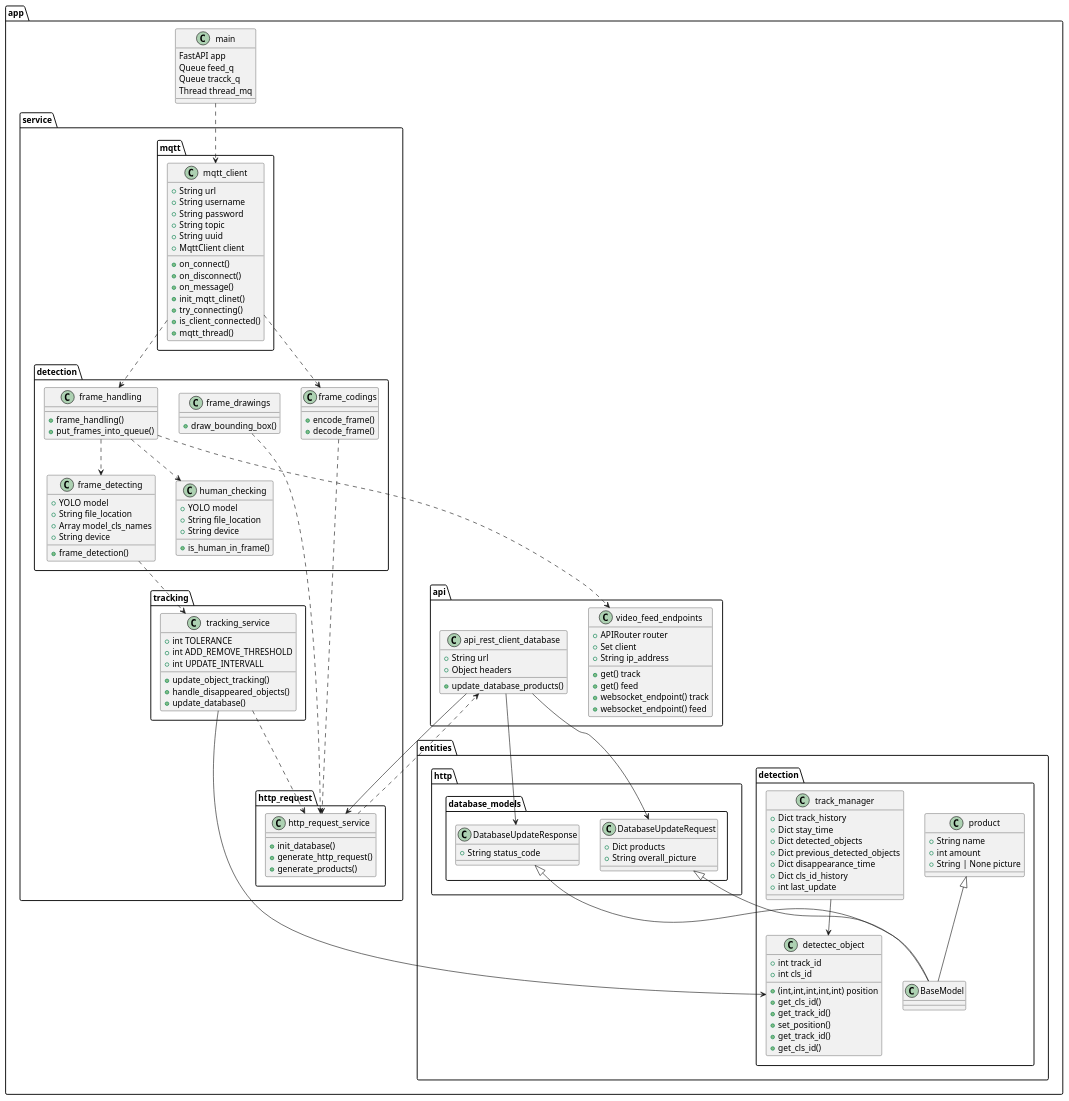
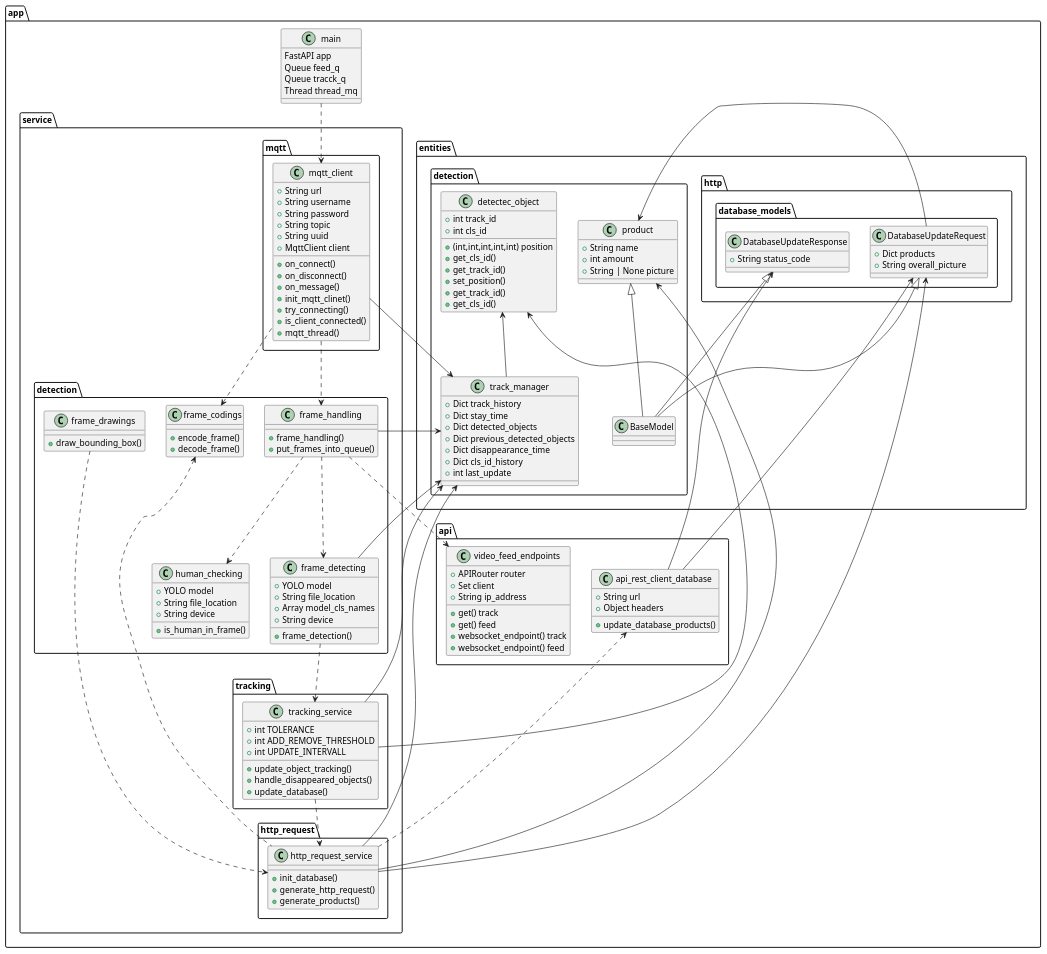
The diagram in doc/documentation/services/detection_service/class_diagram.puml (Marcey1611/stock-tracker-project-sysad-ws2425), drawn with PlantUML before and after one commit. The commit also changed 1 other file, not shown here.

Commit message:
#SYSAD-53 init Klassen diagramm 2

```diff
--- a/doc/documentation/services/detection_service/class_diagram.puml
+++ b/doc/documentation/services/detection_service/class_diagram.puml
@@ -1,150 +1,174 @@
 @startuml
 
 package app {
 class main{
   FastAPI app
   Queue feed_q
   Queue tracck_q
   Thread thread_mq
   }
 }
 
 package app.service.mqtt{
 class mqtt_client{
   + String url
   + String username
   + String password
   + String topic
   + String uuid
   + MqttClient client
 
   + on_connect()
   + on_disconnect()
   + on_message()
   + init_mqtt_clinet()
   + try_connecting()
   + is_client_connected()
   + mqtt_thread()
   }
   main ..> mqtt_client
-  mqtt_client..>app.service.detection.frame_codings
 }
 
 package app.service.detection{
+
   class frame_handling{
   + frame_handling()
   + put_frames_into_queue()
   }
+
   class frame_drawings{
   + draw_bounding_box()
   }
+
   class frame_codings{
   + encode_frame()
   + decode_frame()
   }
+
+  frame_codings<..app.service.http_request.http_request_service
+  frame_codings<.. app.service.mqtt.mqtt_client
+
+
   class frame_detecting{
   + YOLO model
   + String file_location
   + Array model_cls_names
   + String device
   + frame_detection()
   }
+
     class human_checking{
   + YOLO model
   + String file_location
   + String device
   + is_human_in_frame()
   }
+
   mqtt_client..>frame_handling
   frame_handling..>frame_detecting
   frame_handling..>human_checking
   frame_handling..>app.api.video_feed_endpoints
   frame_detecting..>app.service.tracking.tracking_service
-  frame_codings..>app.service.http_request.http_request_service
   frame_drawings..>app.service.http_request.http_request_service
 }
 package app.service.http_request{
+
   class http_request_service{
   + init_database()
   + generate_http_request()
   + generate_products()
   }
   http_request_service..>app.api.api_rest_client_database
 }
 
 package app.service.tracking{
   class tracking_service{
   + int TOLERANCE
   + int ADD_REMOVE_THRESHOLD
   + int UPDATE_INTERVALL
   + update_object_tracking()
   + handle_disappeared_objects()
   + update_database()
   }
   tracking_service..>app.service.http_request.http_request_service
 }
 
 package app.entities.detection{
+
   class detectec_object{
   + int track_id
   + int cls_id
   + (int,int,int,int,int) position
   + get_cls_id()
   + get_track_id()
   + set_position()
   + get_track_id()
   + get_cls_id()
   }
-  track_manager-->detectec_object
-  app.service.tracking.tracking_service-->detectec_object
+
+  detectec_object<--track_manager
+  detectec_object<--app.service.tracking.tracking_service
+
   class product{
   + String name
   + int amount
   + String | None picture
   }
+
+  product <|-- BaseModel
+  product<--app.entities.http.database_models.DatabaseUpdateRequest
+  product<--app.service.http_request.http_request_service
+
   class track_manager{
   + Dict track_history
   + Dict stay_time
   + Dict detected_objects
   + Dict previous_detected_objects
   + Dict disappearance_time
   + Dict cls_id_history
   + int last_update
   }
-  product <|-- BaseModel
-  api_rest_client_database --> app.service.http_request.http_request_service
+
+  track_manager<--app.service.detection.frame_detecting
+  track_manager<-- app.service.detection.frame_handling
+  track_manager<-- app.service.http_request.http_request_service
+  track_manager<-- app.service.mqtt.mqtt_client
+  track_manager<-- app.service.tracking.tracking_service
 
 }
 package app.entities.http{
   class database_models.DatabaseUpdateRequest{
     + Dict products
     + String overall_picture
   }
+
+  DatabaseUpdateRequest <|-- BaseModel
+  DatabaseUpdateRequest <-- app.service.http_request.http_request_service
+
   class database_models.DatabaseUpdateResponse{
     + String status_code
   }
-  DatabaseUpdateRequest <|-- BaseModel
   DatabaseUpdateResponse <|-- BaseModel
 
 }
 
 package app.api{
   class video_feed_endpoints{
   + APIRouter router
   + Set client
   + String ip_address
   + get() track
   + get() feed
   + websocket_endpoint() track
   + websocket_endpoint() feed
   }
   class api_rest_client_database{
   + String url
   + Object headers
   + update_database_products()
   }
   api_rest_client_database --> app.entities.http.database_models.DatabaseUpdateResponse
   api_rest_client_database --> app.entities.http.database_models.DatabaseUpdateRequest
 }
 
 @enduml
```
